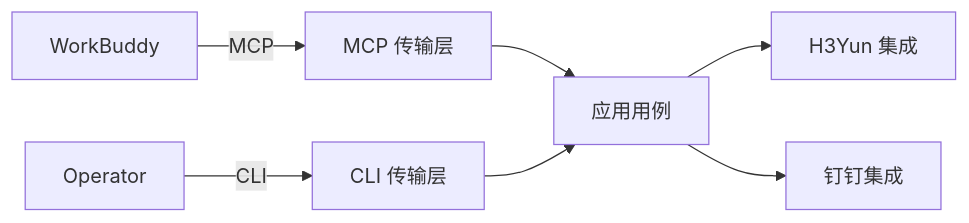
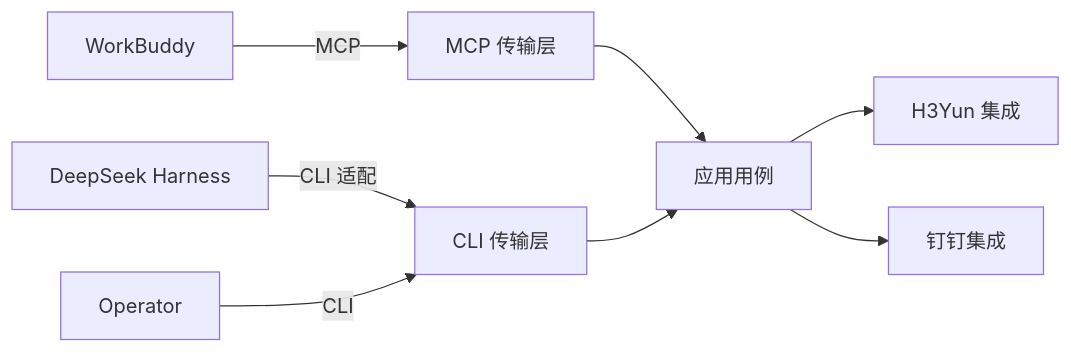
The diagram in README.zh-CN.md (mmungdong/crwu-ai), drawn with Mermaid before and after one commit. The commit also changed other lines of this file and 46 other files, not shown here.

````diff
--- a/README.zh-CN.md
+++ b/README.zh-CN.md
@@ -116,9 +178,10 @@
 ```mermaid
 flowchart LR
     WorkBuddy -->|MCP| MCP_TRANSPORT[MCP 传输层]
+    DeepSeek[DeepSeek Harness] -->|CLI 适配| CLI_TRANSPORT
     Operator  -->|CLI| CLI_TRANSPORT[CLI 传输层]
     MCP_TRANSPORT --> APP[应用用例]
     CLI_TRANSPORT --> APP
     APP --> H3Yun[H3Yun 集成]
     APP --> DingTalk[钉钉集成]
 ```
````
